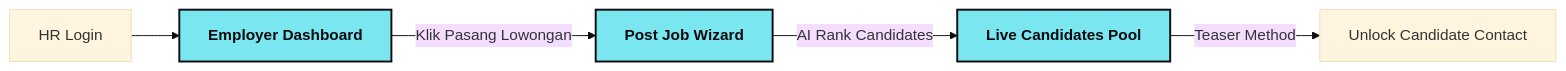
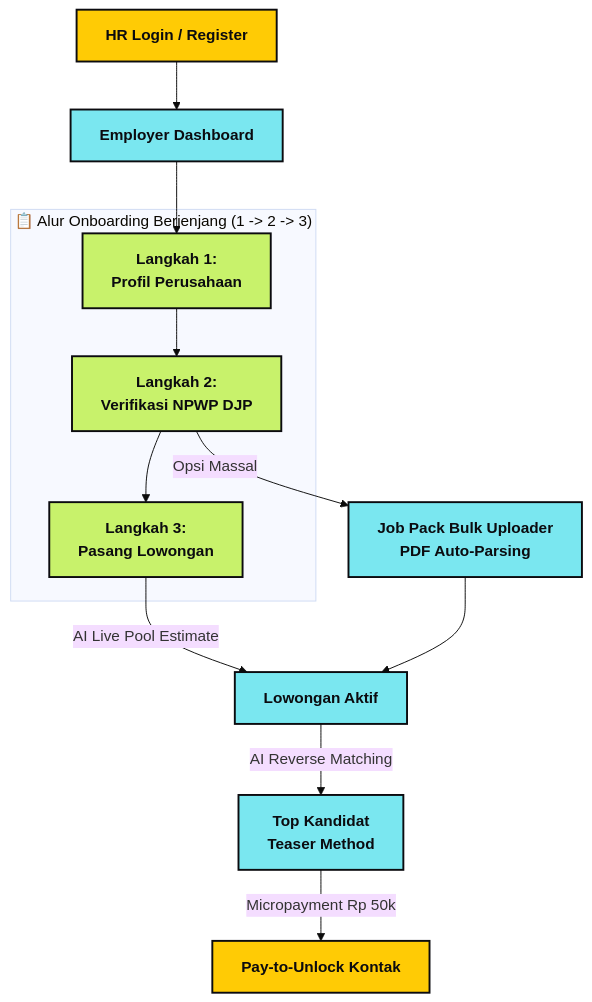
Before and after one commit to LouSens/KerjaCerdas: the second of 4 diagrams in README.md, drawn with Mermaid (base theme). The commit also changed other lines of this file and 9 other files, not shown here.

Commit message:
docs: consolidate formal proposal suite with realistic 3-year financial model and 100% full-cloud roadmap

````diff
--- a/README.md
+++ b/README.md
@@ -114,10 +121,22 @@
 ```mermaid
-flowchart LR
+flowchart TD
     classDef page fill:#7AE7F0,stroke:#0B0B0F,stroke-width:2px,color:#0B0B0F,font-weight:bold
-    classDef action fill:#FFCB05,stroke:#0B0B0F,stroke-width:2px,color:#0B0B0F,font-weight:bold
+    classDef modal fill:#FFCB05,stroke:#0B0B0F,stroke-width:2px,color:#0B0B0F,font-weight:bold
+    classDef step fill:#C8F26B,stroke:#0B0B0F,stroke-width:2px,color:#0B0B0F,font-weight:bold
+
+    A[HR Login / Register]:::modal --> B[Employer Dashboard]:::page
     
-    A[HR Login]:::modal --> B[Employer Dashboard]:::page
-    B -->|Klik Pasang Lowongan| C[Post Job Wizard]:::page
-    C -->|AI Rank Candidates| D[Live Candidates Pool]:::page
-    D -->|Teaser Method| E[Unlock Candidate Contact]:::modal
+    subgraph Onboarding_Timeline ["📋 Alur Onboarding Berjenjang (1 -> 2 -> 3)"]
+        C[Langkah 1:\nProfil Perusahaan]:::step --> D[Langkah 2:\nVerifikasi NPWP DJP]:::step
+        D --> E[Langkah 3:\nPasang Lowongan]:::step
+    end
+    
+    B --> C
+    D -->|Opsi Massal| F[Job Pack Bulk Uploader\nPDF Auto-Parsing]:::page
+    
+    E -->|AI Live Pool Estimate| G[Lowongan Aktif]:::page
+    F --> G
+    
+    G -->|AI Reverse Matching| H[Top Kandidat\nTeaser Method]:::page
+    H -->|Micropayment Rp 50k| I[Pay-to-Unlock Kontak]:::modal
 ```
````
